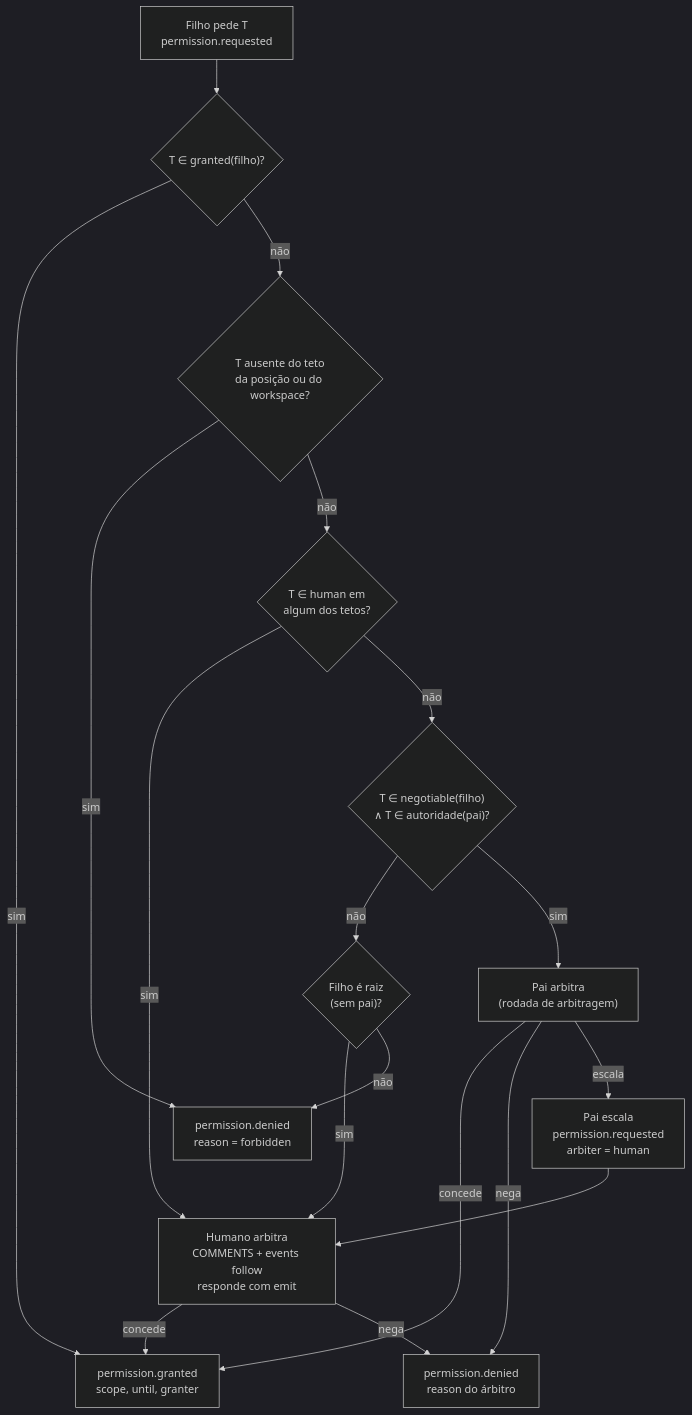
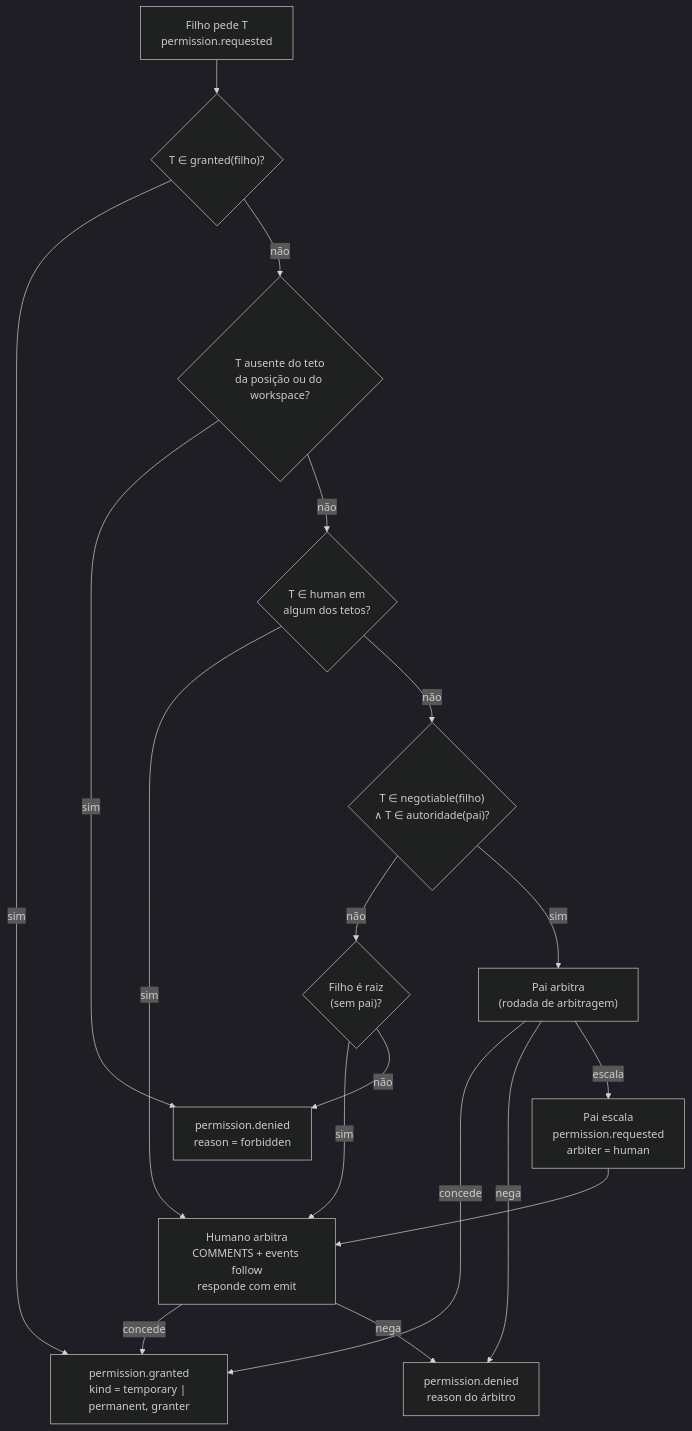
The first of 5 diagrams in docs/to-be/permission-negotiation.md (This-Is-NPC/omunculus), drawn with Mermaid (dark theme) before and after one commit. The commit also changed other lines of this file and 3 other files, not shown here.

First line of the commit message:
docs(to-be): temporary grants belong to the task, permanent to config

````diff
--- a/docs/to-be/permission-negotiation.md
+++ b/docs/to-be/permission-negotiation.md
@@ -52,33 +52,33 @@
 ```mermaid
 flowchart TD
     REQ["Filho pede T<br/>permission.requested"]
     G{"T ∈ granted(filho)?"}
     F{"T ausente do teto<br/>da posição ou do workspace?"}
     H{"T ∈ human em<br/>algum dos tetos?"}
     N{"T ∈ negotiable(filho)<br/>∧ T ∈ autoridade(pai)?"}
     ROOT{"Filho é raiz<br/>(sem pai)?"}
     P["Pai arbitra<br/>(rodada de arbitragem)"]
     HU["Humano arbitra<br/>COMMENTS + events follow<br/>responde com emit"]
     DENY["permission.denied<br/>reason = forbidden"]
-    OK["permission.granted<br/>scope, until, granter"]
+    OK["permission.granted<br/>kind = temporary | permanent, granter"]
     NO["permission.denied<br/>reason do árbitro"]
     ESC["Pai escala<br/>permission.requested<br/>arbiter = human"]
 
     REQ --> G
     G -->|sim| OK
     G -->|não| F
     F -->|sim| DENY
     F -->|não| H
     H -->|sim| HU
     H -->|não| N
     N -->|não| ROOT
     ROOT -->|sim| HU
     ROOT -->|não| DENY
     N -->|sim| P
     P -->|concede| OK
     P -->|nega| NO
     P -->|escala| ESC
     ESC --> HU
     HU -->|concede| OK
     HU -->|nega| NO
 ```
````
